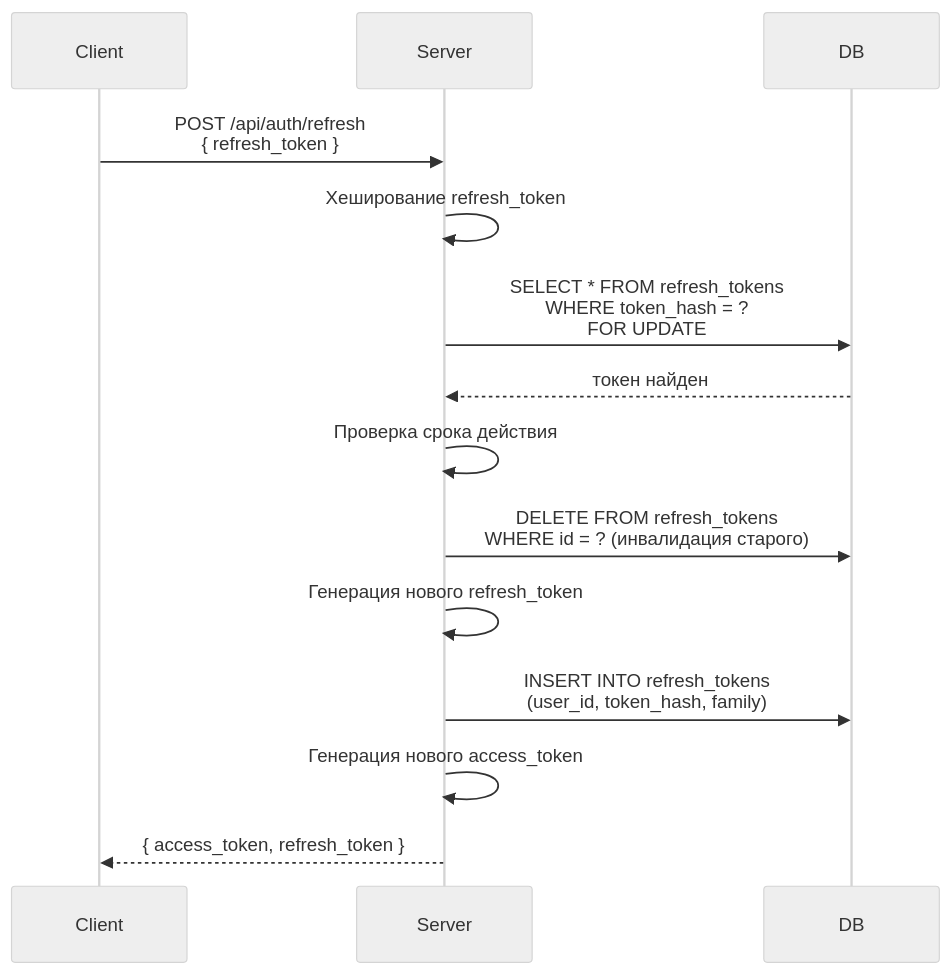
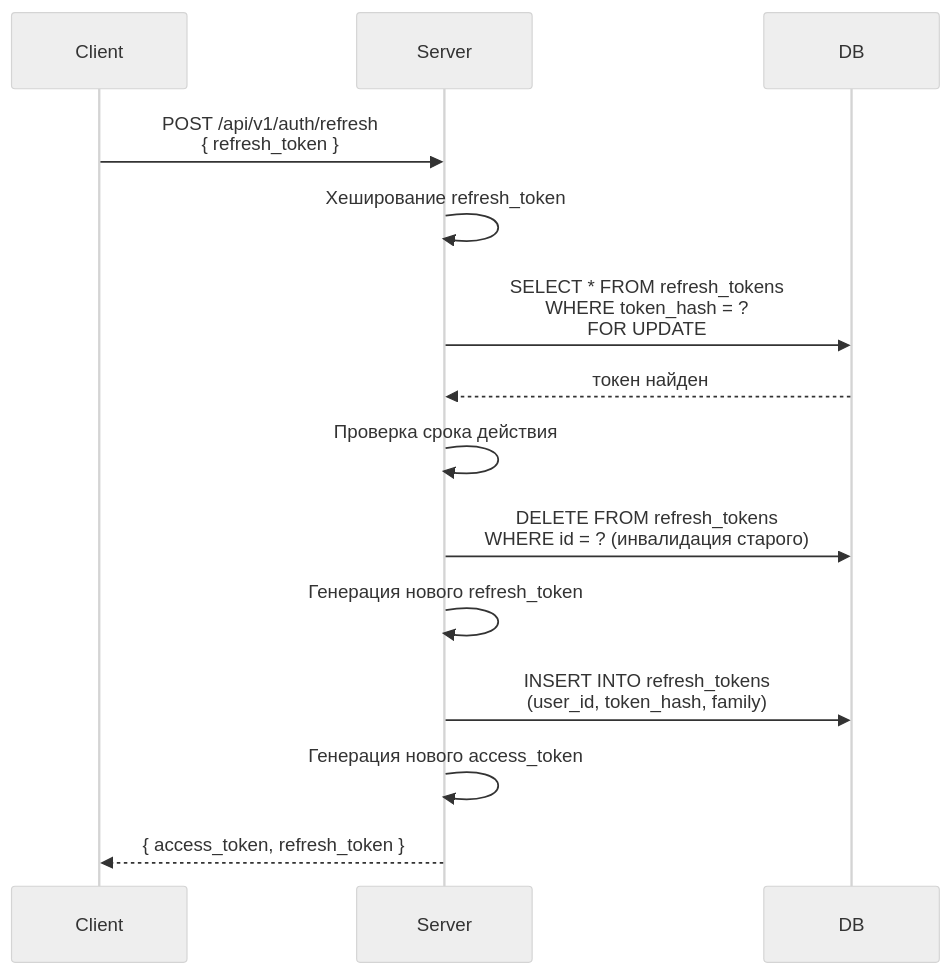
Before and after one commit to edgar-dev20/mozhno: the fifth of 6 diagrams in docs/advanced/architecture.md, drawn with Mermaid (neutral theme). The commit also changed other lines of this file and 62 other files, not shown here.

````diff
--- a/docs/advanced/architecture.md
+++ b/docs/advanced/architecture.md
@@ -224,17 +224,17 @@
 ```mermaid
 sequenceDiagram
     participant Client
     participant Server
     participant DB
 
-    Client->>Server: POST /api/auth/refresh<br/>{ refresh_token }
+    Client->>Server: POST /api/v1/auth/refresh<br/>{ refresh_token }
     Server->>Server: Хеширование refresh_token
     Server->>DB: SELECT * FROM refresh_tokens<br/>WHERE token_hash = ?<br/>FOR UPDATE
     DB-->>Server: токен найден
     Server->>Server: Проверка срока действия
     Server->>DB: DELETE FROM refresh_tokens<br/>WHERE id = ? (инвалидация старого)
     Server->>Server: Генерация нового refresh_token
     Server->>DB: INSERT INTO refresh_tokens<br/>(user_id, token_hash, family)
     Server->>Server: Генерация нового access_token
     Server-->>Client: { access_token, refresh_token }
 ```
````
